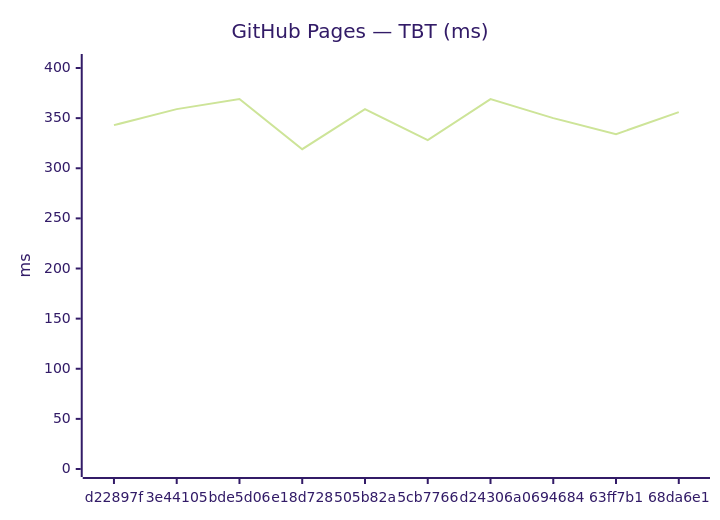
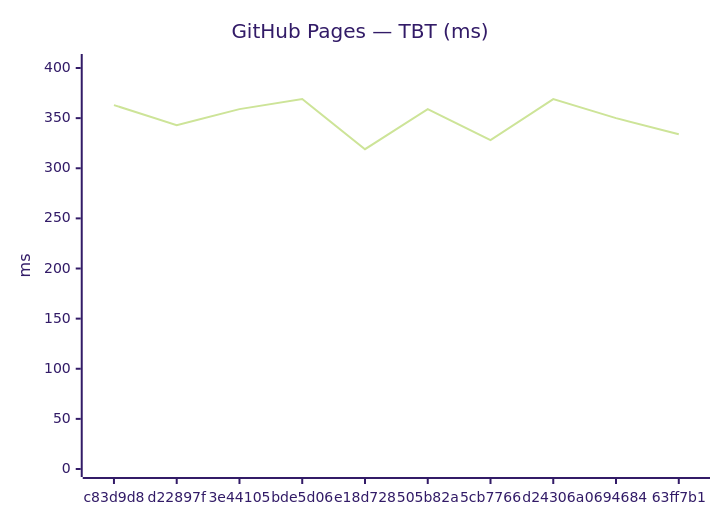
The fourth of 18 diagrams in benchmarks/compare.md (Metaheurist/Rianell), drawn with Mermaid (forest theme) before and after one commit. The commit also changed other lines of this file and 11 other files, not shown here.

````diff
--- a/benchmarks/compare.md
+++ b/benchmarks/compare.md
@@ -61,7 +61,7 @@
 ```mermaid
 xychart-beta
     title "GitHub Pages — TBT (ms)"
-    x-axis ["d22897f", "3e44105", "bde5d06", "e18d728", "505b82a", "5cb7766", "d24306a", "0694684", "63ff7b1", "68da6e1"]
+    x-axis ["c83d9d8", "d22897f", "3e44105", "bde5d06", "e18d728", "505b82a", "5cb7766", "d24306a", "0694684", "63ff7b1"]
     y-axis "ms" 0 --> 406
-    line [343, 359, 369, 319, 359, 328, 369, 350, 334, 356]
+    line [363, 343, 359, 369, 319, 359, 328, 369, 350, 334]
 ```
````
